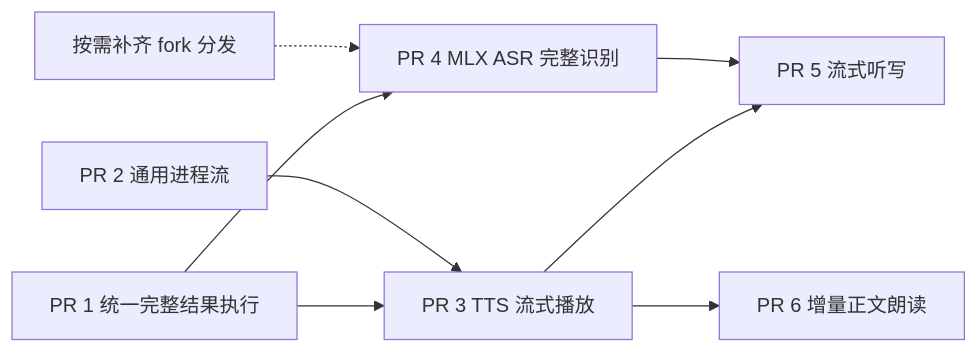
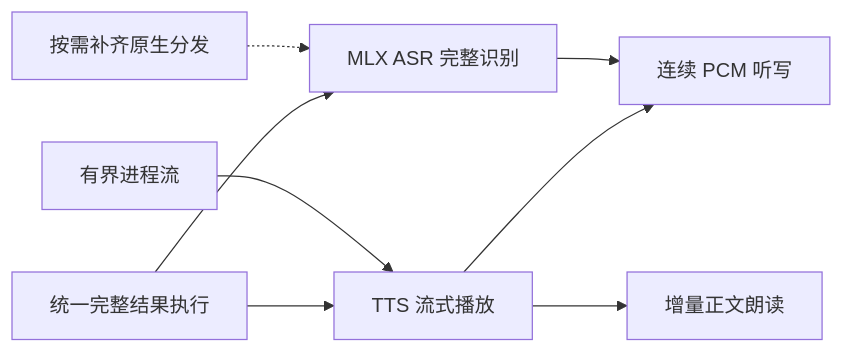
Before and after one commit to xigaomeicun/cherry-lite: the second of 2 diagrams in .agents/notes/proposed/architecture/2026-10-18-unified-voice-execution.md, drawn with Mermaid. The commit also changed other lines of this file and 45 other files, not shown here.

````diff
--- a/.agents/notes/proposed/architecture/2026-10-18-unified-voice-execution.md
+++ b/.agents/notes/proposed/architecture/2026-10-18-unified-voice-execution.md
@@ -400,10 +400,10 @@
 ```mermaid
 flowchart LR
-  P1[PR 1 统一完整结果执行] --> P3[PR 3 TTS 流式播放]
-  P2[PR 2 通用进程流] --> P3
-  P1 --> P4[PR 4 MLX ASR 完整识别]
-  F[按需补齐 fork 分发] -.-> P4
-  P3 --> P5[PR 5 流式听写]
-  P4 --> P5
-  P3 --> P6[PR 6 增量正文朗读]
+  Execution[统一完整结果执行] --> Playback[TTS 流式播放]
+  Transport[有界进程流] --> Playback
+  Execution --> Asr[MLX ASR 完整识别]
+  Distribution[按需补齐原生分发] -.-> Asr
+  Playback --> Dictation[连续 PCM 听写]
+  Asr --> Dictation
+  Playback --> Reading[增量正文朗读]
 ```
````
